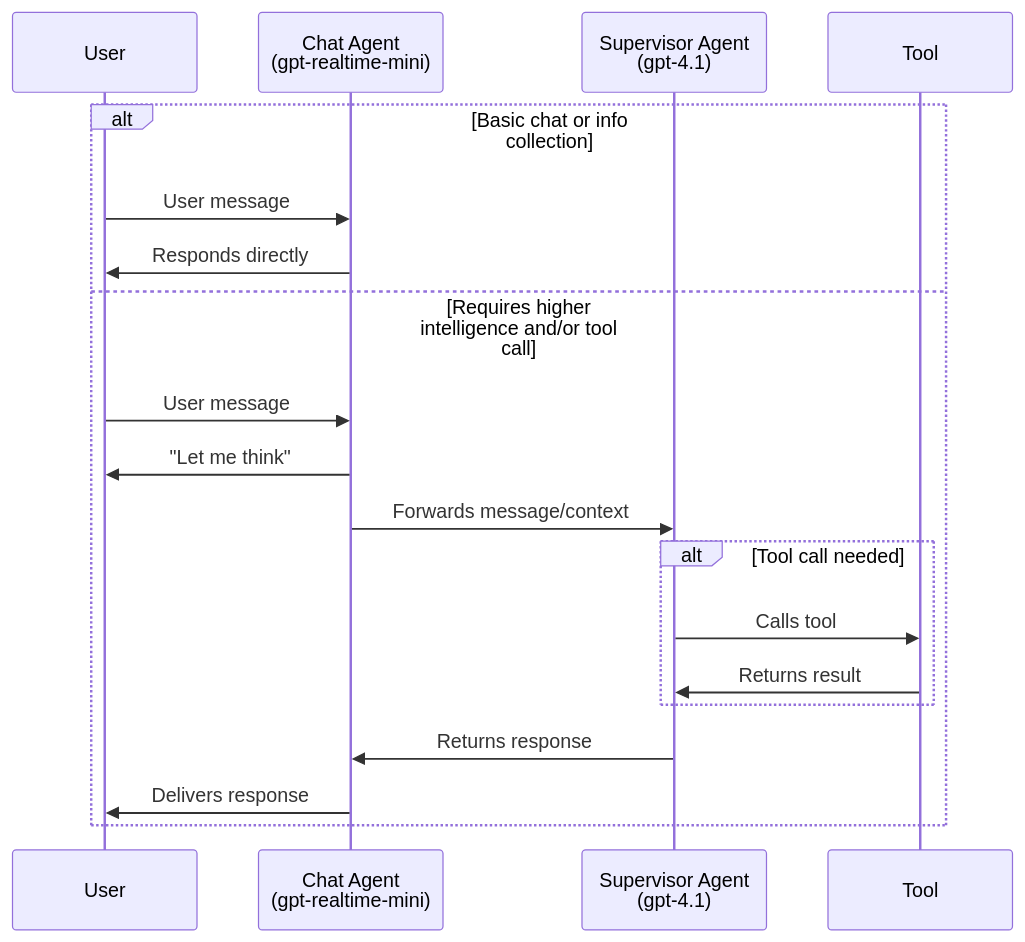
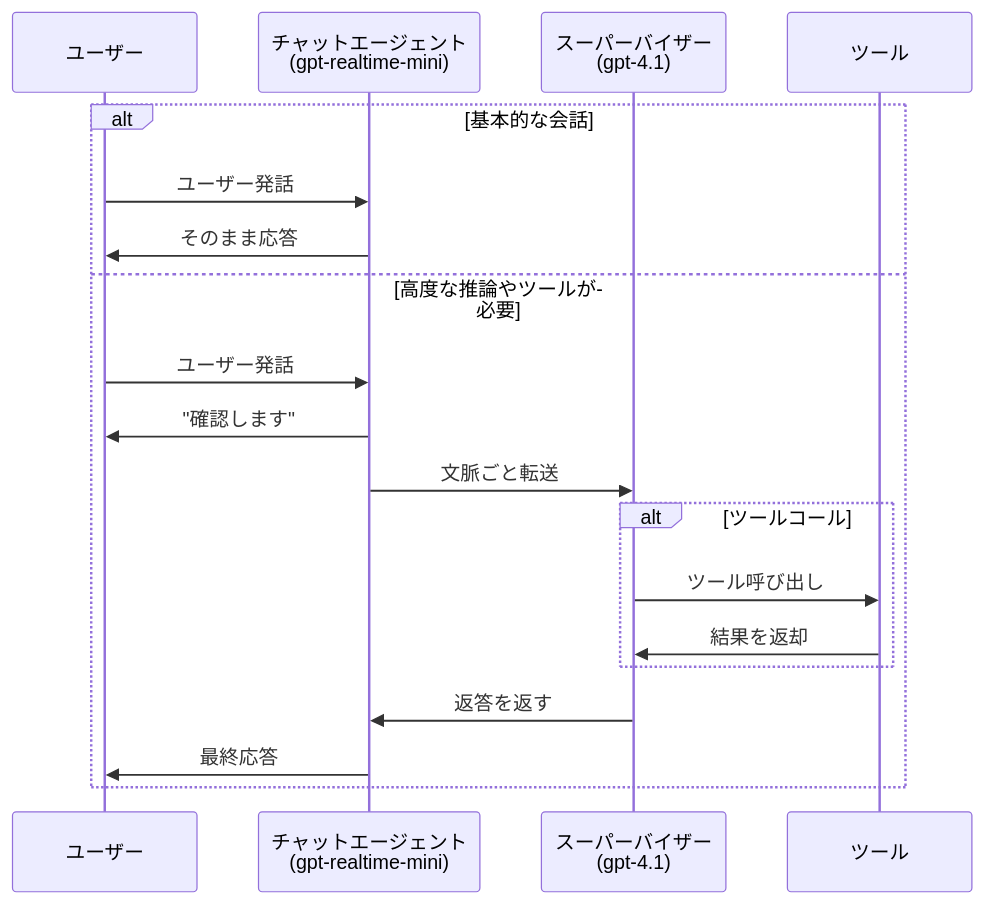
Before and after one commit to MizukiMachine/MCPCoordinator: the first of 2 diagrams in README.md, drawn with Mermaid. The commit also changed other lines of this file and 11 other files, not shown here.

````diff
--- a/README.md
+++ b/README.md
@@ -49,22 +58,22 @@
 ```mermaid
 sequenceDiagram
-    participant User
-    participant ChatAgent as Chat Agent<br/>(gpt-realtime-mini)
-    participant Supervisor as Supervisor Agent<br/>(gpt-4.1)
-    participant Tool as Tool
+    participant User as ユーザー
+    participant ChatAgent as チャットエージェント<br/>(gpt-realtime-mini)
+    participant Supervisor as スーパーバイザー<br/>(gpt-4.1)
+    participant Tool as ツール
 
-    alt Basic chat or info collection
-        User->>ChatAgent: User message
-        ChatAgent->>User: Responds directly
-    else Requires higher intelligence and/or tool call
-        User->>ChatAgent: User message
-        ChatAgent->>User: "Let me think"
-        ChatAgent->>Supervisor: Forwards message/context
-        alt Tool call needed
-            Supervisor->>Tool: Calls tool
-            Tool->>Supervisor: Returns result
+    alt 基本的な会話
+        User->>ChatAgent: ユーザー発話
+        ChatAgent->>User: そのまま応答
+    else 高度な推論やツールが必要
+        User->>ChatAgent: ユーザー発話
+        ChatAgent->>User: "確認します"
+        ChatAgent->>Supervisor: 文脈ごと転送
+        alt ツールコール
+            Supervisor->>Tool: ツール呼び出し
+            Tool->>Supervisor: 結果を返却
         end
-        Supervisor->>ChatAgent: Returns response
-        ChatAgent->>User: Delivers response
+        Supervisor->>ChatAgent: 返答を返す
+        ChatAgent->>User: 最終応答
     end
 ```
````
